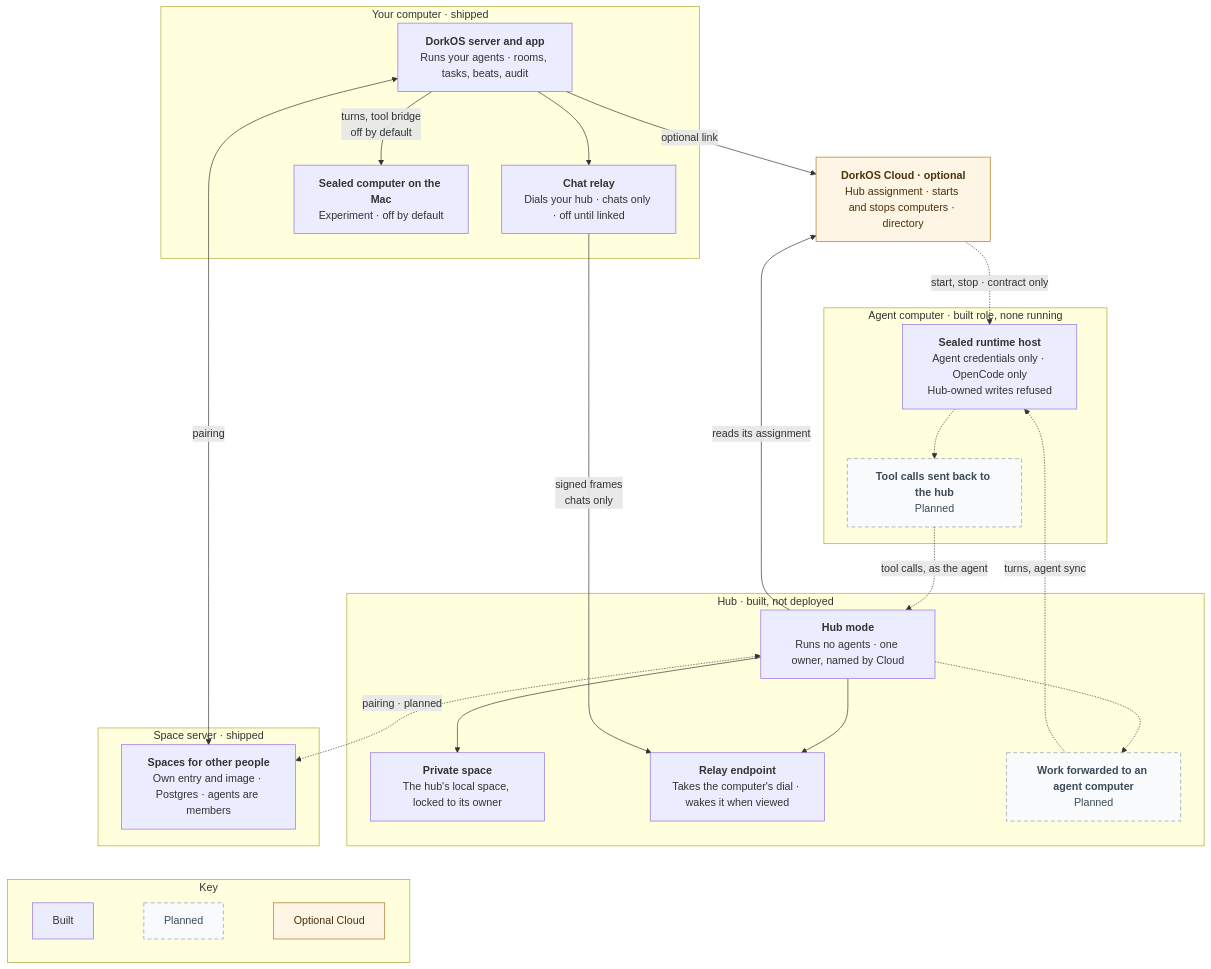
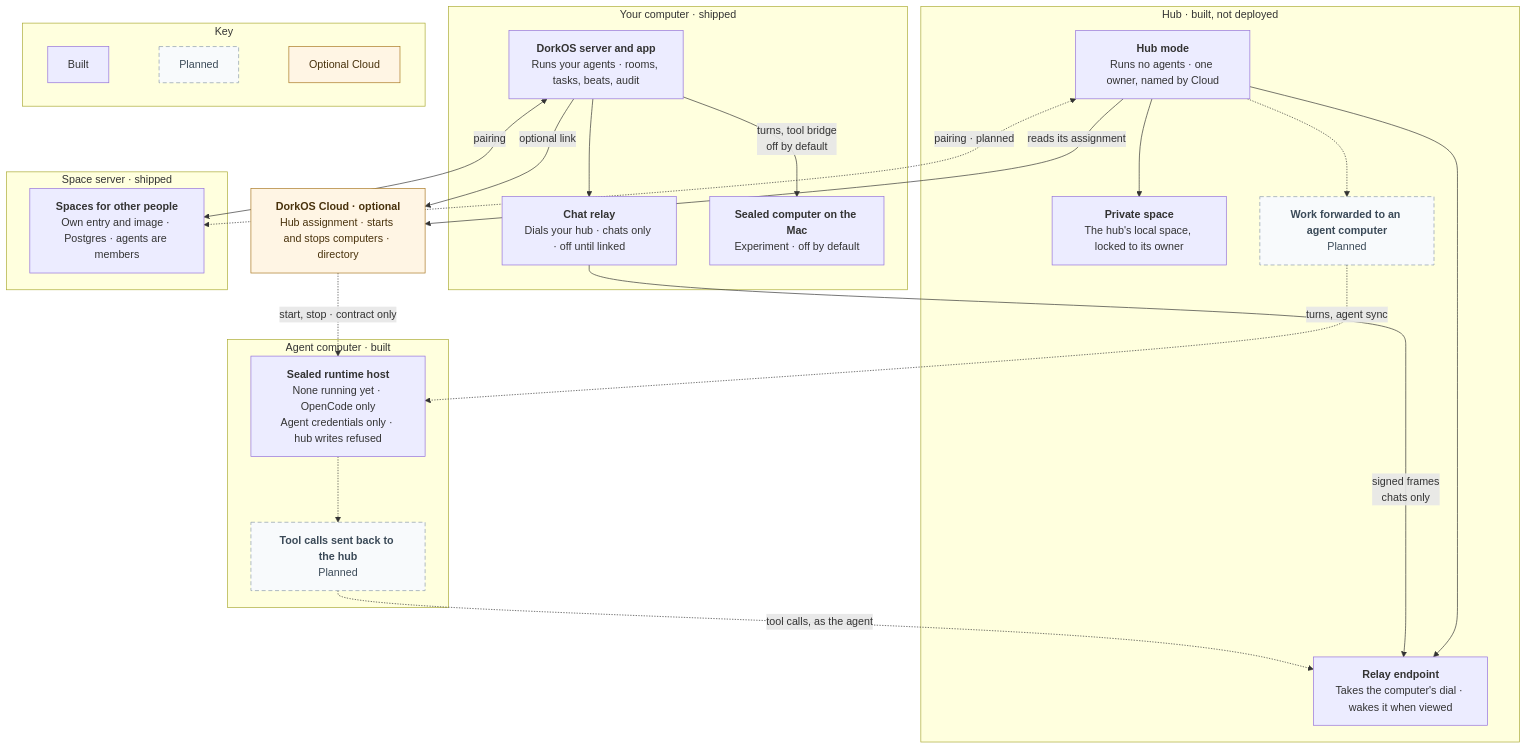
Before and after one commit to dork-labs/dorkos: the diagram in contributing/diagrams/architecture/vision-reset-target.mmd, drawn with Mermaid. The commit also changed 16 other files, not shown here.

First line of the commit message:
docs(architecture): render the restyled diagrams, and untangle the three loops

```diff
--- a/contributing/diagrams/architecture/vision-reset-target.mmd
+++ b/contributing/diagrams/architecture/vision-reset-target.mmd
@@ -1,56 +1,55 @@
 flowchart TB
   accTitle: One DorkOS program in three roles, and the seams between them
   accDescr: The accepted direction of ADR 261015-042933 as of 2026-11-21. One server package runs as a person's computer, a hub or an agent computer, and ships the space server as a fourth entry. Solid boxes exist in the source at this review, including the ones that are off by default; dashed boxes are planned. Servers connect by pairing. A computer's chats reach the web through the chat relay. The hub role, the agent-computer role and the relay are built but gated or off by default; the hub image has booted only in CI. Nothing here is deployment proof.
 
   subgraph computer["Your computer · shipped"]
     mac["<b>DorkOS server and app</b><br/><span class='d'>Runs your agents · rooms, tasks, beats, audit</span>"]
     relayMac["<b>Chat relay</b><br/><span class='d'>Dials your hub · chats only · off until linked</span>"]
     localvm["<b>Sealed computer on the Mac</b><br/><span class='d'>Experiment · off by default</span>"]
     mac --> relayMac
     mac -->|"turns, tool bridge<br/><span class='d'>off by default</span>"| localvm
   end
 
   subgraph hub["Hub · built, not deployed"]
     hubsrv["<b>Hub mode</b><br/><span class='d'>Runs no agents · one owner, named by Cloud</span>"]
     priv["<b>Private space</b><br/><span class='d'>The hub's local space, locked to its owner</span>"]
     relayHub["<b>Relay endpoint</b><br/><span class='d'>Takes the computer's dial · wakes it when viewed</span>"]
     fwd["<b>Work forwarded to an agent computer</b><br/><span class='d'>Planned</span>"]
     hubsrv --> priv
     hubsrv --> relayHub
     hubsrv -.-> fwd
   end
 
-  subgraph agentpc["Agent computer · built role, none running"]
-    sealed["<b>Sealed runtime host</b><br/><span class='d'>Agent credentials only · OpenCode only<br/>Hub-owned writes refused</span>"]
+  subgraph agentpc["Agent computer · built"]
+    sealed["<b>Sealed runtime host</b><br/><span class='d'>None running yet · OpenCode only<br/>Agent credentials only · hub writes refused</span>"]
     bridge["<b>Tool calls sent back to the hub</b><br/><span class='d'>Planned</span>"]
     sealed -.-> bridge
   end
 
   subgraph space["Space server · shipped"]
     spacesrv["<b>Spaces for other people</b><br/><span class='d'>Own entry and image · Postgres · agents are members</span>"]
   end
 
   cloud["<b>DorkOS Cloud · optional</b><br/><span class='d'>Hub assignment · starts and stops computers · directory</span>"]
 
   relayMac -->|"signed frames<br/>chats only"| relayHub
   fwd -.->|"turns, agent sync"| sealed
-  bridge -.->|"tool calls, as the agent"| hubsrv
+  bridge -.->|"tool calls, as the agent"| relayHub
   mac <-->|"pairing"| spacesrv
   hubsrv <-.->|"pairing · planned"| spacesrv
   hubsrv -->|"reads its assignment"| cloud
   cloud -.->|"start, stop · contract only"| sealed
   mac -->|"optional link"| cloud
 
   subgraph key["Key"]
     direction LR
     k1["Built"]
     k2["Planned"]
     k3["Optional Cloud"]
     k1 ~~~ k2 ~~~ k3
   end
-  spacesrv ~~~ k1
 
   classDef planned fill:#f8fafc,stroke:#8a9bab,color:#3b4a58,stroke-dasharray:6 4
   classDef cloud fill:#fff5e4,stroke:#a87720,color:#49320c
   class fwd,bridge,k2 planned
   class cloud,k3 cloud
```
